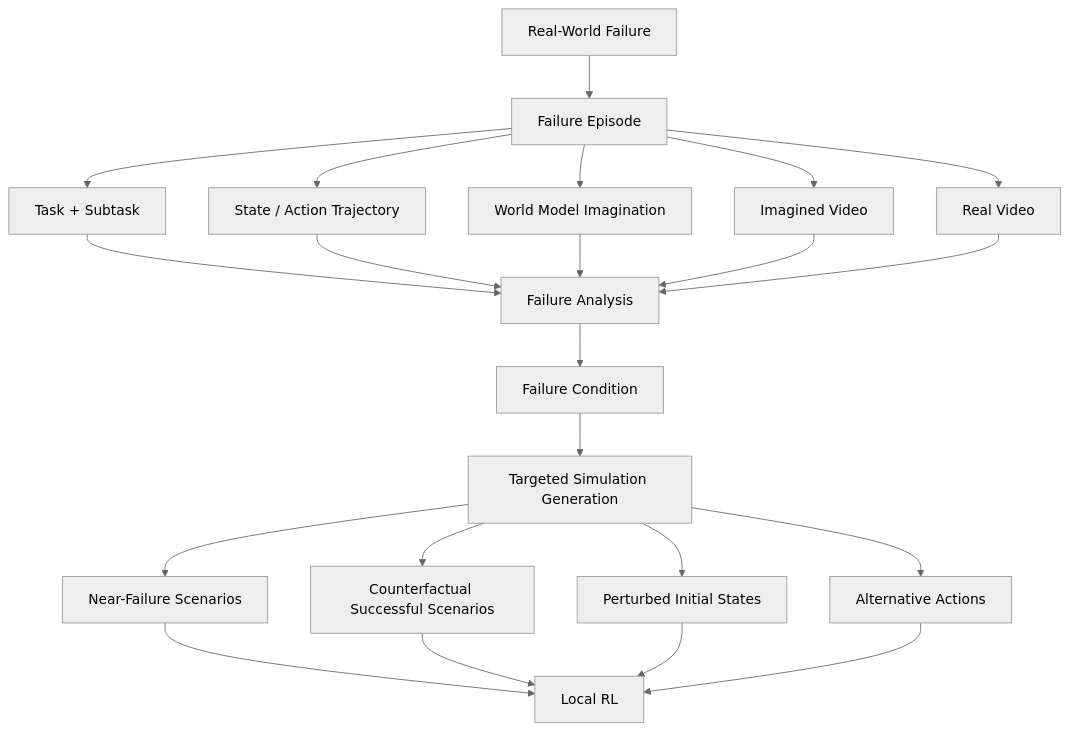
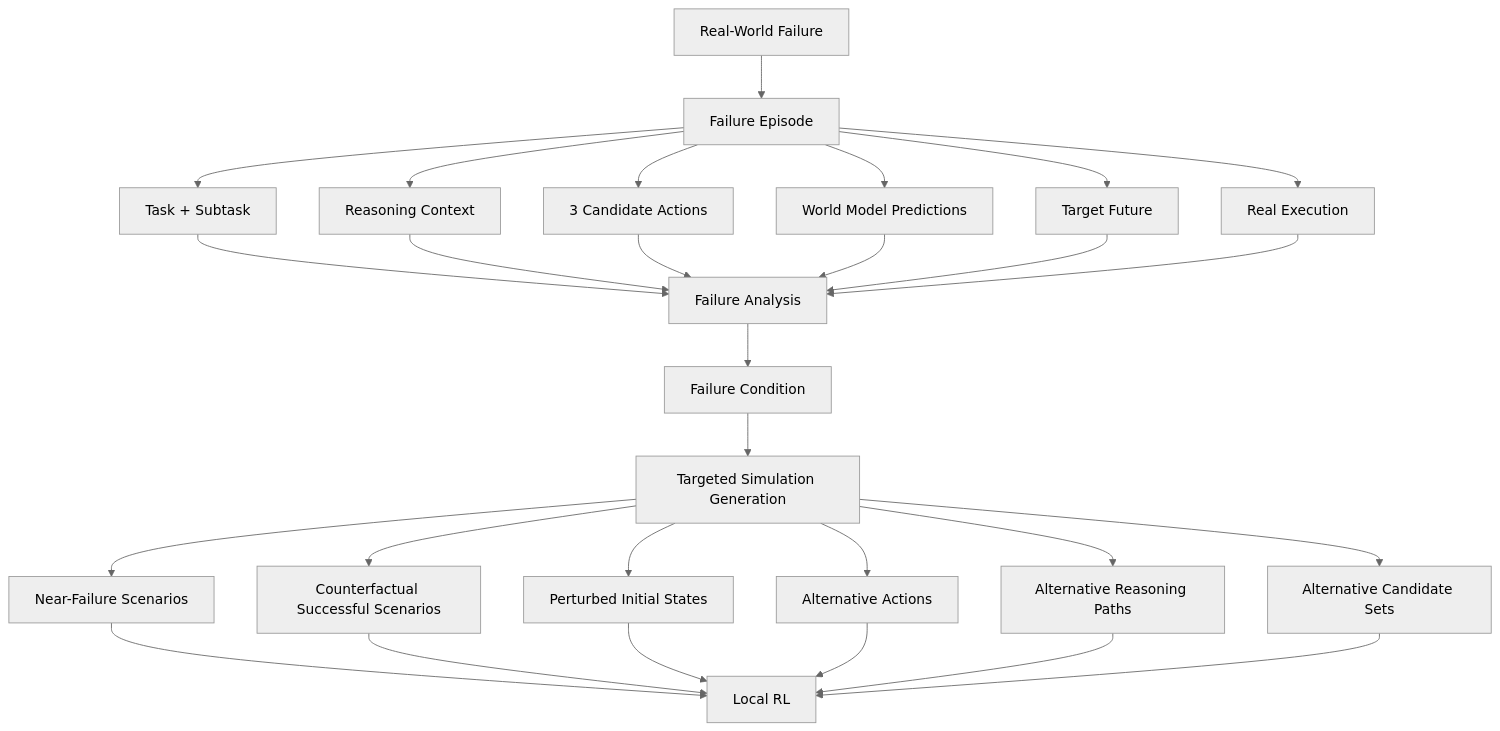
Before and after one commit to Freelunch-AI/freelunch-ide: the ninth of 14 diagrams in docs/specs/post-demo/lunch_robotics.md, drawn with Mermaid (neutral theme). The commit also changed other lines of this file, not shown here.

````diff
--- a/docs/specs/post-demo/lunch_robotics.md
+++ b/docs/specs/post-demo/lunch_robotics.md
@@ -657,30 +1427,36 @@
 ```mermaid
 flowchart TD
     A["Real-World Failure"] --> B["Failure Episode"]
 
     B --> C["Task + Subtask"]
-    B --> D["State / Action Trajectory"]
-    B --> E["World Model Imagination"]
-    B --> F["Imagined Video"]
-    B --> G["Real Video"]
+    B --> D["Reasoning Context"]
+    B --> E["3 Candidate Actions"]
+    B --> F["World Model Predictions"]
+    B --> G["Target Future"]
+    B --> H["Real Execution"]
 
-    C --> H["Failure Analysis"]
-    D --> H
-    E --> H
-    F --> H
-    G --> H
+    C --> I["Failure Analysis"]
+    D --> I
+    E --> I
+    F --> I
+    G --> I
+    H --> I
 
-    H --> I["Failure Condition"]
+    I --> J["Failure Condition"]
 
-    I --> J["Targeted Simulation Generation"]
+    J --> K["Targeted Simulation Generation"]
 
-    J --> K["Near-Failure Scenarios"]
-    J --> L["Counterfactual Successful Scenarios"]
-    J --> M["Perturbed Initial States"]
-    J --> N["Alternative Actions"]
+    K --> L["Near-Failure Scenarios"]
+    K --> M["Counterfactual Successful Scenarios"]
+    K --> N["Perturbed Initial States"]
+    K --> O["Alternative Actions"]
+    K --> P["Alternative Reasoning Paths"]
+    K --> Q["Alternative Candidate Sets"]
 
-    K --> O["Local RL"]
-    L --> O
-    M --> O
-    N --> O
+    L --> R["Local RL"]
+    M --> R
+    N --> R
+    O --> R
+    P --> R
+    Q --> R
 ```
````
